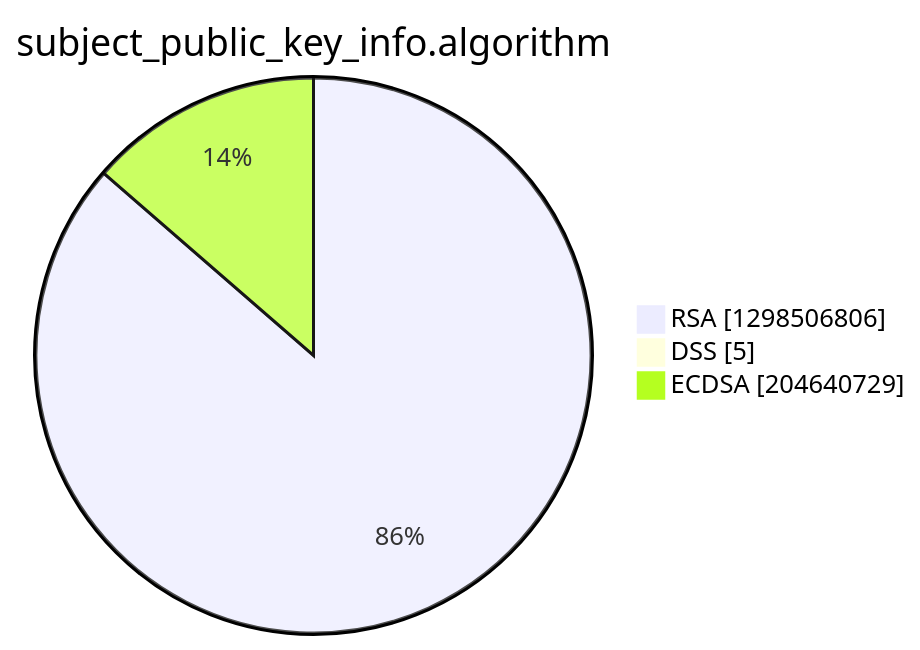
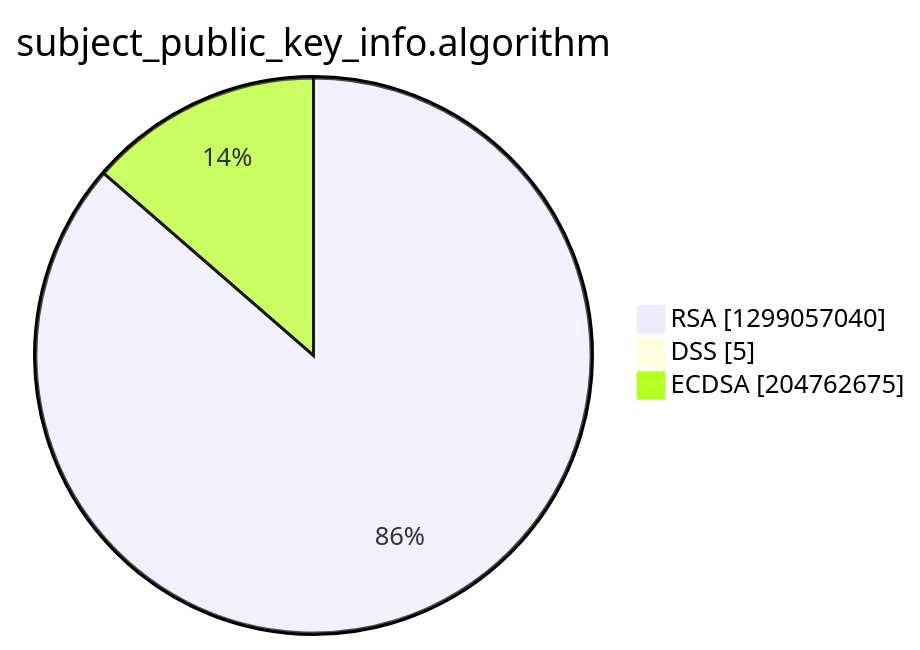
The third of 15 diagrams in argon2022/README.md (christiankrug/ctmonitor_visualization), drawn with Mermaid before and after one commit. The commit also changed other lines of this file, not shown here.

````diff
--- a/argon2022/README.md
+++ b/argon2022/README.md
@@ -14,7 +14,7 @@
 ```mermaid
 pie showData
 title subject_public_key_info.algorithm
-"RSA" :1298506806
+"RSA" :1299057040
 "DSS" :5
-"ECDSA" :204640729
+"ECDSA" :204762675
 ```
````
